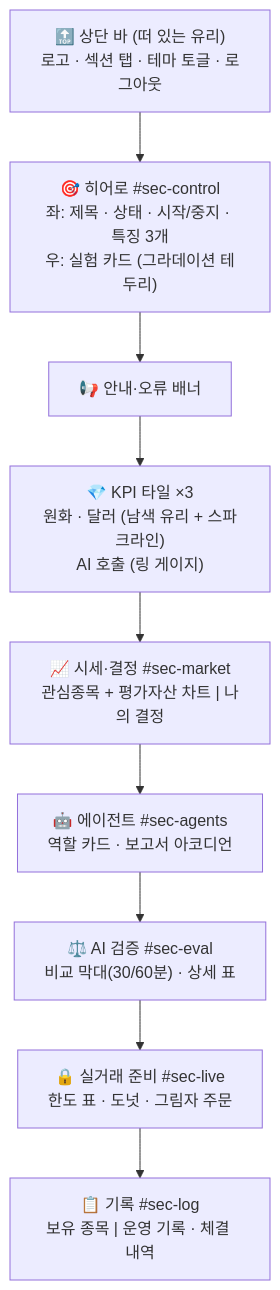
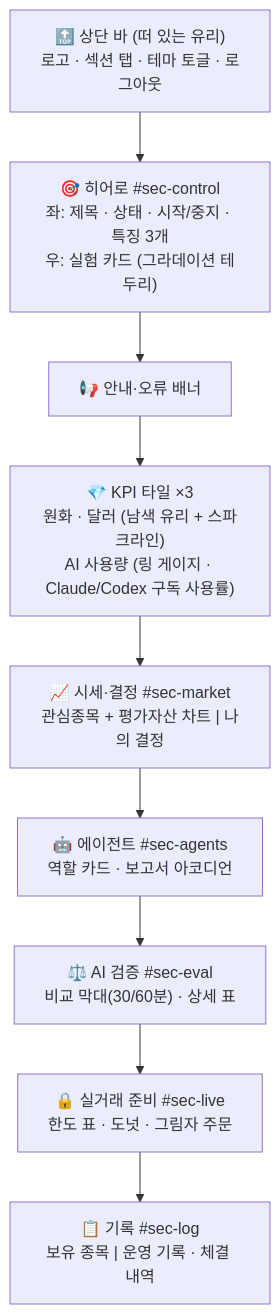
The diagram in docs/DESIGN.md (eshir0/stock-lab), drawn with Mermaid before and after one commit. The commit also changed 16 other files, not shown here.

````diff
--- a/docs/DESIGN.md
+++ b/docs/DESIGN.md
@@ -96,13 +96,13 @@
 ```mermaid
 flowchart TD
     TB["🔝 상단 바 (떠 있는 유리)<br/>로고 · 섹션 탭 · 테마 토글 · 로그아웃"]
     HERO["🎯 히어로 #sec-control<br/>좌: 제목 · 상태 · 시작/중지 · 특징 3개<br/>우: 실험 카드 (그라데이션 테두리)"]
     NOTICE["📢 안내·오류 배너"]
-    KPI["💎 KPI 타일 ×3<br/>원화 · 달러 (남색 유리 + 스파크라인)<br/>AI 호출 (링 게이지)"]
+    KPI["💎 KPI 타일 ×3<br/>원화 · 달러 (남색 유리 + 스파크라인)<br/>AI 사용량 (링 게이지 · Claude/Codex 구독 사용률)"]
     MKT["📈 시세·결정 #sec-market<br/>관심종목 + 평가자산 차트 | 나의 결정"]
     AG["🤖 에이전트 #sec-agents<br/>역할 카드 · 보고서 아코디언"]
     EV["⚖️ AI 검증 #sec-eval<br/>비교 막대(30/60분) · 상세 표"]
     LV["🔒 실거래 준비 #sec-live<br/>한도 표 · 도넛 · 그림자 주문"]
     LG["📋 기록 #sec-log<br/>보유 종목 | 운영 기록 · 체결 내역"]
     TB --> HERO --> NOTICE --> KPI --> MKT --> AG --> EV --> LV --> LG
 ```
````
